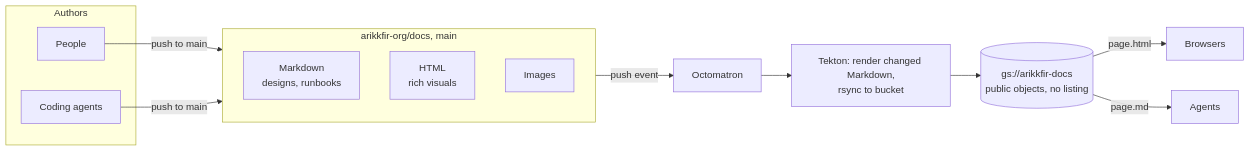
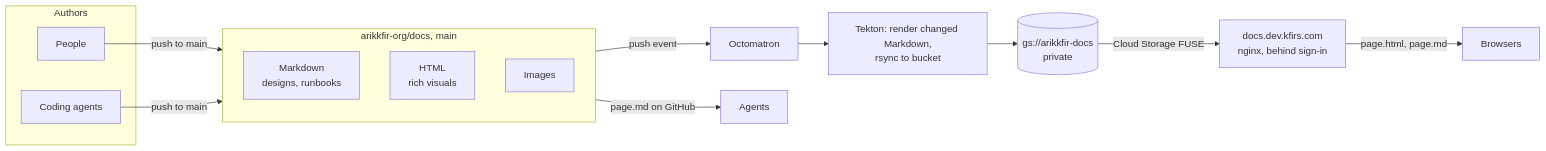
The diagram in hub/designs/phase-0-documentation.md (arikkfir-org/docs), drawn with Mermaid before and after one commit. The commit also changed other lines of this file and 8 other files, not shown here.

First line of the commit message:
docs(hub): serve the docs site privately at docs.dev.kfirs.com

````diff
--- a/hub/designs/phase-0-documentation.md
+++ b/hub/designs/phase-0-documentation.md
@@ -8,19 +8,20 @@
 ```mermaid
 flowchart LR
   subgraph Authors
     H[People]
     A[Coding agents]
   end
   subgraph repo[arikkfir-org/docs, main]
     MD[Markdown<br/>designs, runbooks]
     HTML[HTML<br/>rich visuals]
     IMG[Images]
   end
   H -- push to main --> repo
   A -- push to main --> repo
   repo -- push event --> SB[Octomatron]
   SB --> TK[Tekton: render changed Markdown,<br/>rsync to bucket]
-  TK --> GCS[(gs://arikkfir-docs<br/>public objects, no listing)]
-  GCS -- page.html --> B[Browsers]
-  GCS -- page.md --> AG[Agents]
+  TK --> GCS[(gs://arikkfir-docs<br/>private)]
+  GCS -- Cloud Storage FUSE --> WEB[docs.dev.kfirs.com<br/>nginx, behind sign-in]
+  WEB -- page.html, page.md --> B[Browsers]
+  repo -- page.md on GitHub --> AG[Agents]
 ```
````
